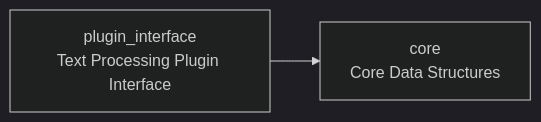
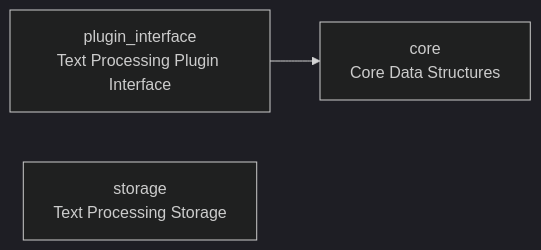
One commit to cj-mills/cjm-text-plugin-system changed the diagram in README.md. Above: the diagram before and after it, drawn with Mermaid (dark theme). The commit also changed other lines of this file and 4 other files, not shown here.

Commit message:
Add standardized SQLite storage for text processing results with content hashing.

````diff
--- a/README.md
+++ b/README.md
@@ -22,7 +23,8 @@
 ``` mermaid
 graph LR
     core[core<br/>Core Data Structures]
     plugin_interface[plugin_interface<br/>Text Processing Plugin Interface]
+    storage[storage<br/>Text Processing Storage]
 
     plugin_interface --> core
 ```
````
